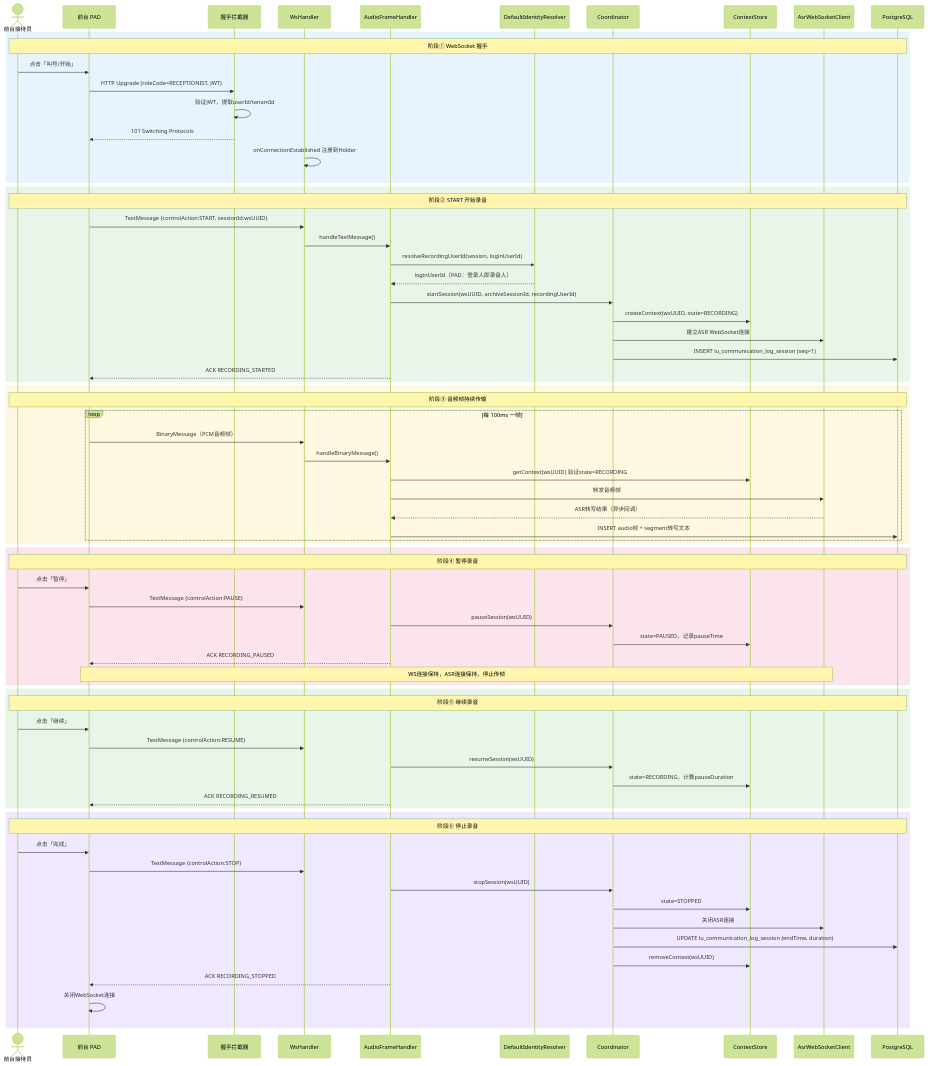
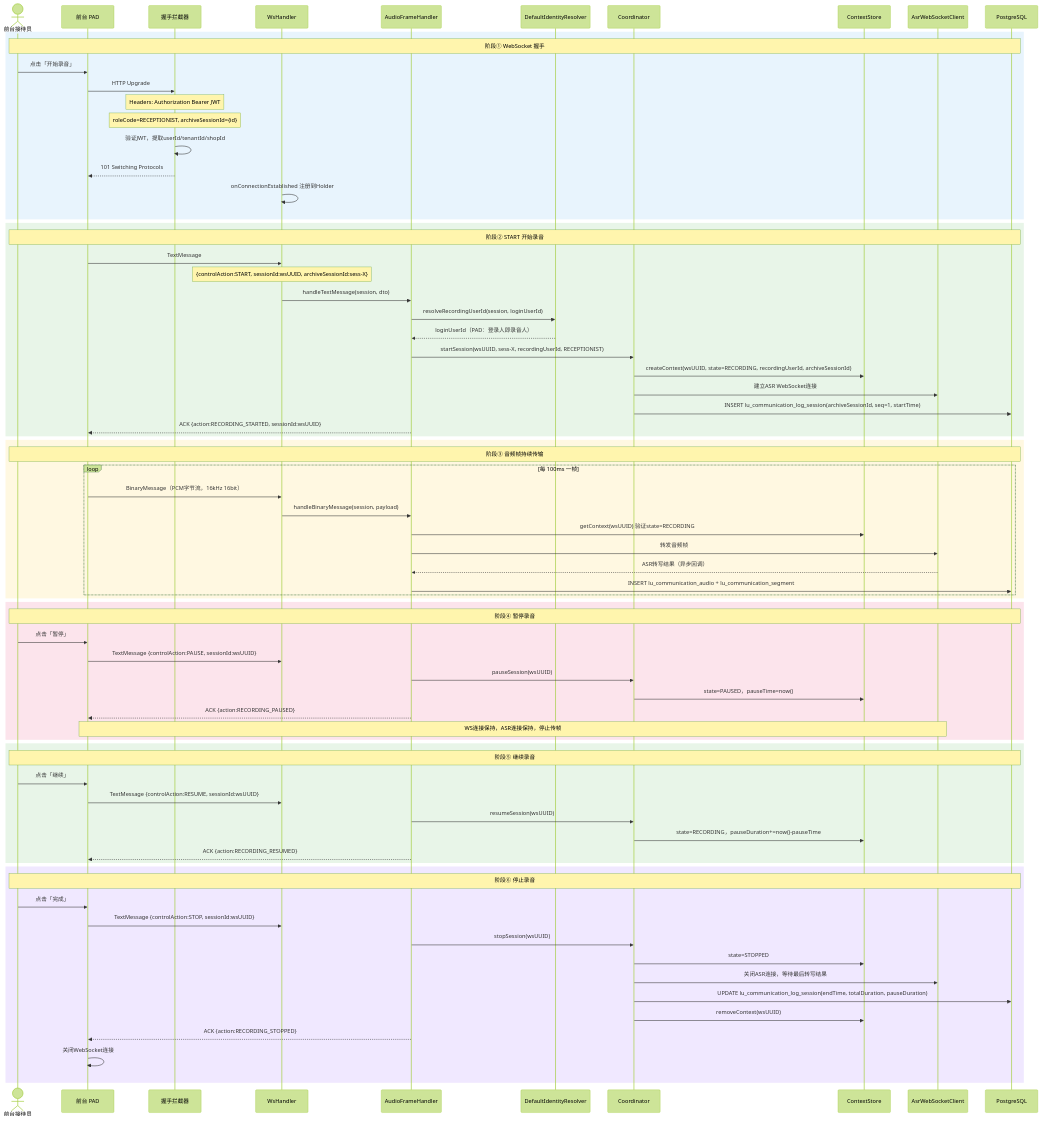
Before and after one commit to Gamehu/pictures-bed: the second of 4 diagrams in uml/goodsop/v1.5-recording/pad-recording.md, drawn with Mermaid (forest theme). The commit also changed other lines of this file and 1 other file, not shown here.

````diff
--- a/uml/goodsop/v1.5-recording/pad-recording.md
+++ b/uml/goodsop/v1.5-recording/pad-recording.md
@@ -69,79 +119,82 @@
 ```mermaid
 sequenceDiagram
     actor 前台接待员
     participant PAD as 前台 PAD
     participant Interceptor as 握手拦截器
     participant Handler as WsHandler
     participant AFH as AudioFrameHandler
     participant Resolver as DefaultIdentityResolver
     participant Coord as Coordinator
     participant Store as ContextStore
     participant ASR as AsrWebSocketClient
     participant DB as PostgreSQL
 
     rect rgb(232, 244, 253)
         Note over 前台接待员,DB: 阶段① WebSocket 握手
-        前台接待员 ->> PAD: 点击「叫号/开始」
-        PAD ->> Interceptor: HTTP Upgrade (roleCode=RECEPTIONIST, JWT)
-        Interceptor ->> Interceptor: 验证JWT，提取userId/tenantId
+        前台接待员 ->> PAD: 点击「开始录音」
+        PAD ->> Interceptor: HTTP Upgrade
+        Note over Interceptor: Headers: Authorization Bearer JWT
+        Note over Interceptor: roleCode=RECEPTIONIST, archiveSessionId={id}
+        Interceptor ->> Interceptor: 验证JWT，提取userId/tenantId/shopId
         Interceptor -->> PAD: 101 Switching Protocols
         Handler ->> Handler: onConnectionEstablished 注册到Holder
     end
 
     rect rgb(232, 245, 232)
         Note over 前台接待员,DB: 阶段② START 开始录音
-        PAD ->> Handler: TextMessage {controlAction:START, sessionId:wsUUID}
-        Handler ->> AFH: handleTextMessage()
+        PAD ->> Handler: TextMessage
+        Note over Handler: {controlAction:START, sessionId:wsUUID, archiveSessionId:sess-X}
+        Handler ->> AFH: handleTextMessage(session, dto)
         AFH ->> Resolver: resolveRecordingUserId(session, loginUserId)
         Resolver -->> AFH: loginUserId（PAD：登录人即录音人）
-        AFH ->> Coord: startSession(wsUUID, archiveSessionId, recordingUserId)
-        Coord ->> Store: createContext(wsUUID, state=RECORDING)
+        AFH ->> Coord: startSession(wsUUID, sess-X, recordingUserId, RECEPTIONIST)
+        Coord ->> Store: createContext(wsUUID, state=RECORDING, recordingUserId, archiveSessionId)
         Coord ->> ASR: 建立ASR WebSocket连接
-        Coord ->> DB: INSERT lu_communication_log_session (seq=1)
-        AFH -->> PAD: ACK RECORDING_STARTED
+        Coord ->> DB: INSERT lu_communication_log_session(archiveSessionId, seq=1, startTime)
+        AFH -->> PAD: ACK {action:RECORDING_STARTED, sessionId:wsUUID}
     end
 
     rect rgb(255, 248, 225)
         Note over 前台接待员,DB: 阶段③ 音频帧持续传输
         loop 每 100ms 一帧
-            PAD ->> Handler: BinaryMessage（PCM音频帧）
-            Handler ->> AFH: handleBinaryMessage()
+            PAD ->> Handler: BinaryMessage（PCM字节流，16kHz 16bit）
+            Handler ->> AFH: handleBinaryMessage(session, payload)
             AFH ->> Store: getContext(wsUUID) 验证state=RECORDING
             AFH ->> ASR: 转发音频帧
             ASR -->> AFH: ASR转写结果（异步回调）
-            AFH ->> DB: INSERT audio帧 + segment转写文本
+            AFH ->> DB: INSERT lu_communication_audio + lu_communication_segment
         end
     end
 
     rect rgb(252, 228, 236)
         Note over 前台接待员,DB: 阶段④ 暂停录音
         前台接待员 ->> PAD: 点击「暂停」
-        PAD ->> Handler: TextMessage {controlAction:PAUSE}
+        PAD ->> Handler: TextMessage {controlAction:PAUSE, sessionId:wsUUID}
         AFH ->> Coord: pauseSession(wsUUID)
-        Coord ->> Store: state=PAUSED，记录pauseTime
-        AFH -->> PAD: ACK RECORDING_PAUSED
+        Coord ->> Store: state=PAUSED，pauseTime=now()
+        AFH -->> PAD: ACK {action:RECORDING_PAUSED}
         Note over PAD,ASR: WS连接保持，ASR连接保持，停止传帧
     end
 
     rect rgb(232, 245, 232)
         Note over 前台接待员,DB: 阶段⑤ 继续录音
         前台接待员 ->> PAD: 点击「继续」
-        PAD ->> Handler: TextMessage {controlAction:RESUME}
+        PAD ->> Handler: TextMessage {controlAction:RESUME, sessionId:wsUUID}
         AFH ->> Coord: resumeSession(wsUUID)
-        Coord ->> Store: state=RECORDING，计算pauseDuration
-        AFH -->> PAD: ACK RECORDING_RESUMED
+        Coord ->> Store: state=RECORDING，pauseDuration+=now()-pauseTime
+        AFH -->> PAD: ACK {action:RECORDING_RESUMED}
     end
 
     rect rgb(240, 232, 255)
         Note over 前台接待员,DB: 阶段⑥ 停止录音
         前台接待员 ->> PAD: 点击「完成」
-        PAD ->> Handler: TextMessage {controlAction:STOP}
+        PAD ->> Handler: TextMessage {controlAction:STOP, sessionId:wsUUID}
         AFH ->> Coord: stopSession(wsUUID)
         Coord ->> Store: state=STOPPED
-        Coord ->> ASR: 关闭ASR连接
-        Coord ->> DB: UPDATE lu_communication_log_session (endTime, duration)
+        Coord ->> ASR: 关闭ASR连接，等待最后转写结果
+        Coord ->> DB: UPDATE lu_communication_log_session(endTime, totalDuration, pauseDuration)
         Coord ->> Store: removeContext(wsUUID)
-        AFH -->> PAD: ACK RECORDING_STOPPED
+        AFH -->> PAD: ACK {action:RECORDING_STOPPED}
         PAD ->> PAD: 关闭WebSocket连接
     end
 ```
````
